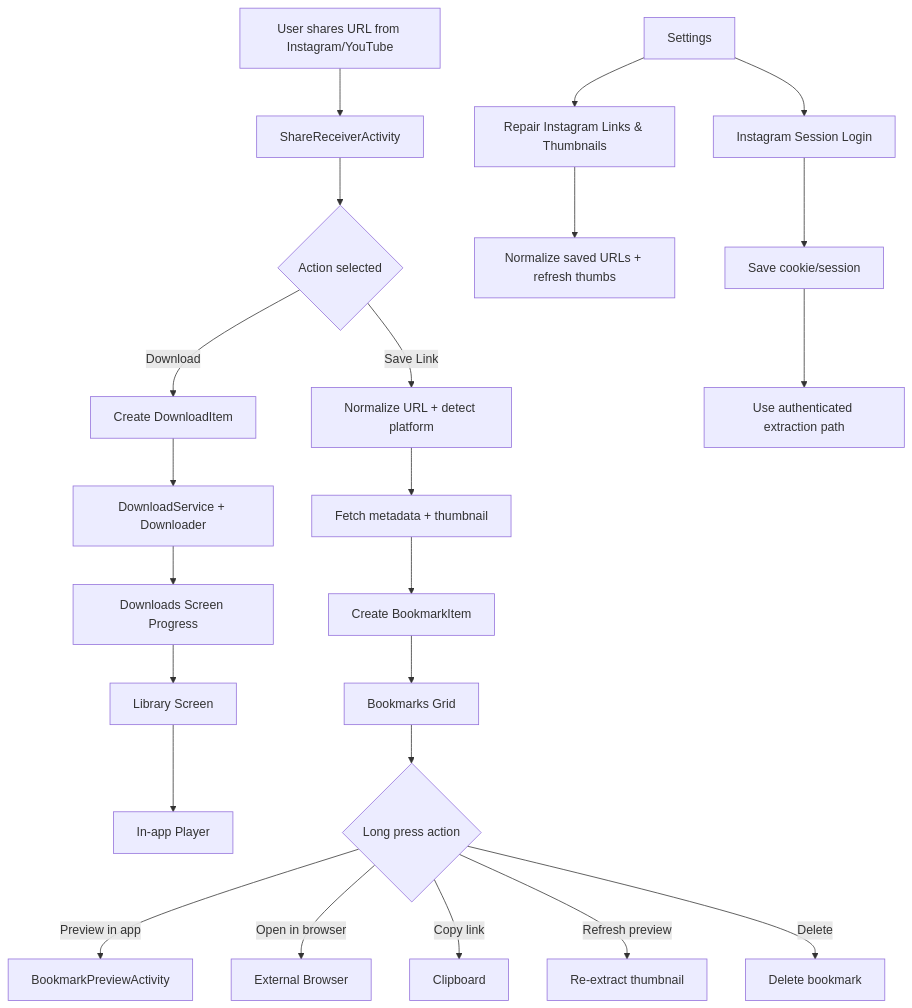
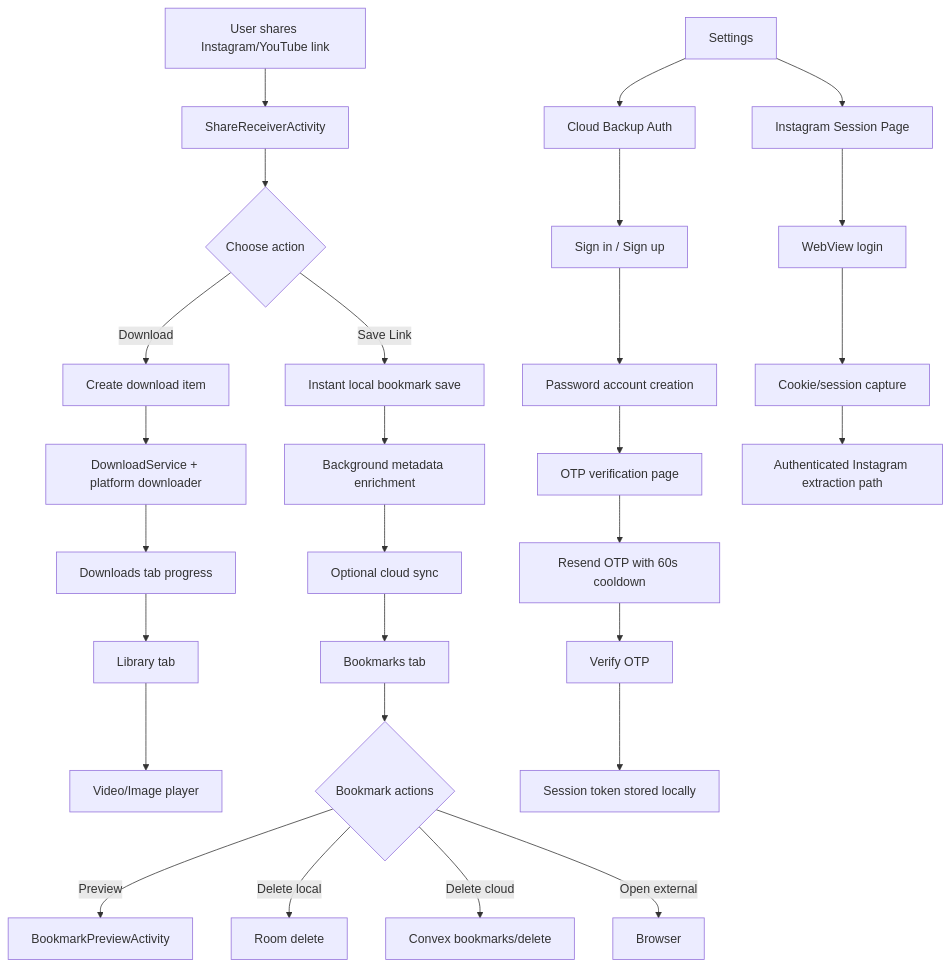
The diagram in README.md (theallmyti/VaultDrop), drawn with Mermaid before and after one commit. The commit also changed other lines of this file and 60 other files, not shown here.

Commit message:
Update README flowchart, ignore AI artifacts, and sync latest auth/session improvements

````diff
--- a/README.md
+++ b/README.md
@@ -86,30 +73,35 @@
 ```mermaid
 flowchart TD
-    A[User shares URL from Instagram/YouTube] --> B[ShareReceiverActivity]
-    B --> C{Action selected}
+    A[User shares Instagram/YouTube link] --> B[ShareReceiverActivity]
+    B --> C{Choose action}
 
-    C -->|Download| D[Create DownloadItem]
-    D --> E[DownloadService + Downloader]
-    E --> F[Downloads Screen Progress]
-    F --> G[Library Screen]
-    G --> H[In-app Player]
+    C -->|Download| D[Create download item]
+    D --> E[DownloadService + platform downloader]
+    E --> F[Downloads tab progress]
+    F --> G[Library tab]
+    G --> H[Video/Image player]
 
-    C -->|Save Link| I[Normalize URL + detect platform]
-    I --> J[Fetch metadata + thumbnail]
-    J --> K[Create BookmarkItem]
-    K --> L[Bookmarks Grid]
+    C -->|Save Link| I[Instant local bookmark save]
+    I --> J[Background metadata enrichment]
+    J --> K[Optional cloud sync]
+    K --> L[Bookmarks tab]
 
-    L --> M{Long press action}
-    M -->|Preview in app| N[BookmarkPreviewActivity]
-    M -->|Open in browser| O[External Browser]
-    M -->|Copy link| P[Clipboard]
-    M -->|Refresh preview| Q[Re-extract thumbnail]
-    M -->|Delete| R[Delete bookmark]
+    L --> M{Bookmark actions}
+    M -->|Preview| N[BookmarkPreviewActivity]
+    M -->|Delete local| O[Room delete]
+    M -->|Delete cloud| P[Convex bookmarks/delete]
+    M -->|Open external| Q[Browser]
 
-    S[Settings] --> T[Repair Instagram Links & Thumbnails]
-    T --> U[Normalize saved URLs + refresh thumbs]
+    R[Settings] --> S[Cloud Backup Auth]
+    S --> T[Sign in / Sign up]
+    T --> U[Password account creation]
+    U --> V[OTP verification page]
+    V --> W[Resend OTP with 60s cooldown]
+    W --> X[Verify OTP]
+    X --> Y[Session token stored locally]
 
-    S --> V[Instagram Session Login]
-    V --> W[Save cookie/session]
-    W --> X[Use authenticated extraction path]
+    R --> Z[Instagram Session Page]
+    Z --> AA[WebView login]
+    AA --> AB[Cookie/session capture]
+    AB --> AC[Authenticated Instagram extraction path]
 ```
````
